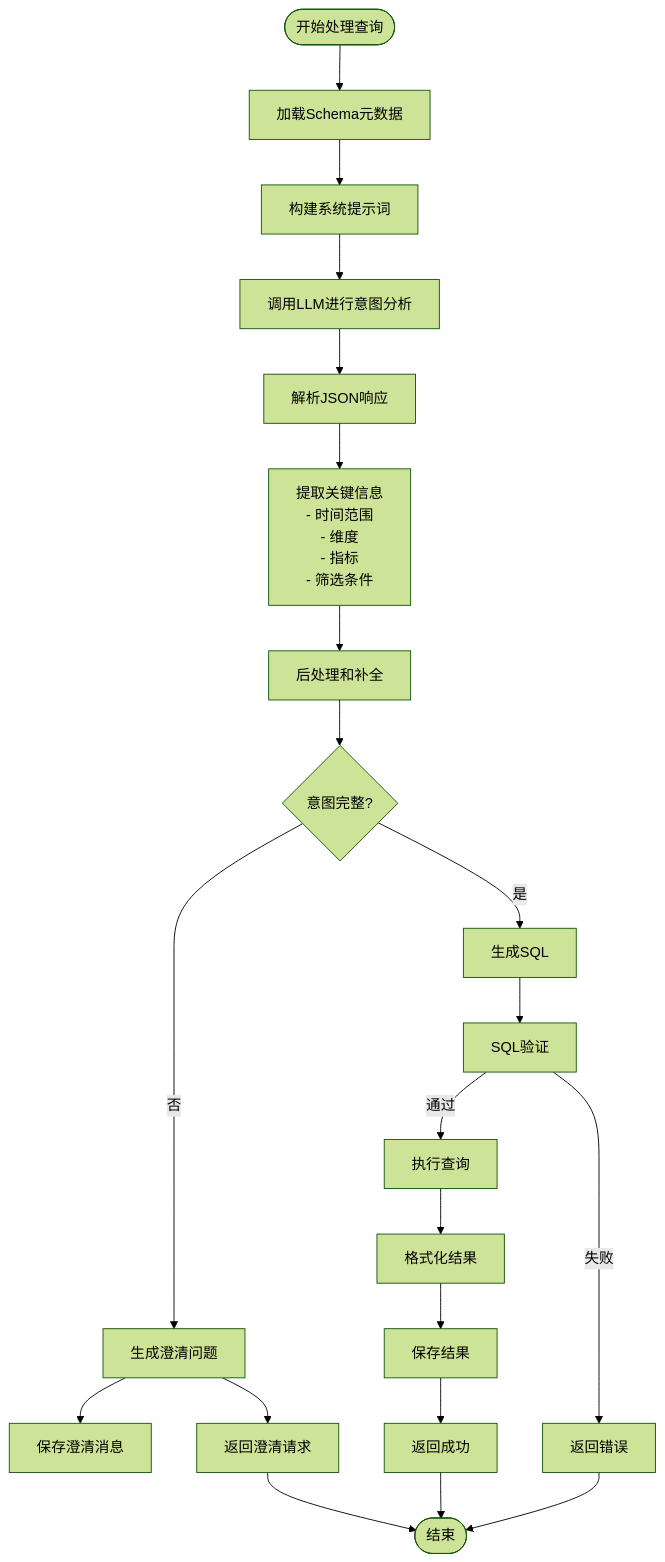
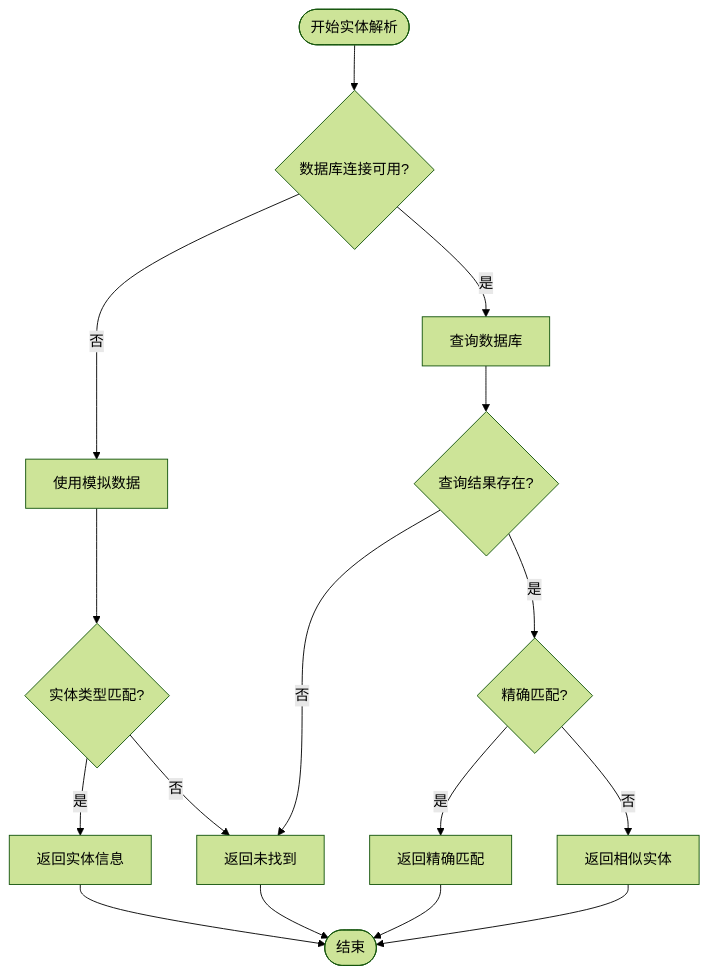
The fourth of 12 diagrams in .qoder/repowiki/zh/content/核心模块详解/NL2SQL自然语言到SQL系统.md (HanHuiOnLine/724-office), drawn with Mermaid (forest theme) before and after one commit. The commit also changed other lines of this file and 14 other files, not shown here.

````diff
--- a/.qoder/repowiki/zh/content/核心模块详解/NL2SQL自然语言到SQL系统.md
+++ b/.qoder/repowiki/zh/content/核心模块详解/NL2SQL自然语言到SQL系统.md
@@ -232,23 +271,18 @@
 ```mermaid
 flowchart TD
-Start([开始处理查询]) --> LoadSchema[加载Schema元数据]
-LoadSchema --> BuildPrompt[构建系统提示词]
-BuildPrompt --> CallLLM[调用LLM进行意图分析]
-CallLLM --> ParseResponse[解析JSON响应]
-ParseResponse --> ExtractInfo[提取关键信息<br/>- 时间范围<br/>- 维度<br/>- 指标<br/>- 筛选条件]
-ExtractInfo --> PostProcess[后处理和补全]
-PostProcess --> CheckComplete{意图完整?}
-CheckComplete --> |是| GenerateSQL[生成SQL]
-CheckComplete --> |否| GenerateClarify[生成澄清问题]
-GenerateClarify --> SaveMessage[保存澄清消息]
-GenerateClarify --> ReturnClarify[返回澄清请求]
-GenerateSQL --> ValidateSQL[SQL验证]
-ValidateSQL --> |通过| ExecuteQuery[执行查询]
-ValidateSQL --> |失败| ReturnError[返回错误]
-ExecuteQuery --> FormatResult[格式化结果]
-FormatResult --> SaveResult[保存结果]
-SaveResult --> ReturnSuccess[返回成功]
-ReturnClarify --> End([结束])
-ReturnSuccess --> End
-ReturnError --> End
+Start([开始实体解析]) --> CheckDB{数据库连接可用?}
+CheckDB --> |否| MockData[使用模拟数据]
+CheckDB --> |是| QueryDB[查询数据库]
+MockData --> CheckType{实体类型匹配?}
+QueryDB --> CheckResults{查询结果存在?}
+CheckType --> |是| ReturnEntity[返回实体信息]
+CheckType --> |否| ReturnNotFound[返回未找到]
+CheckResults --> |是| CheckExact{精确匹配?}
+CheckResults --> |否| ReturnNotFound
+CheckExact --> |是| ReturnExact[返回精确匹配]
+CheckExact --> |否| ReturnSimilar[返回相似实体]
+ReturnEntity --> End([结束])
+ReturnNotFound --> End
+ReturnExact --> End
+ReturnSimilar --> End
 ```
````
